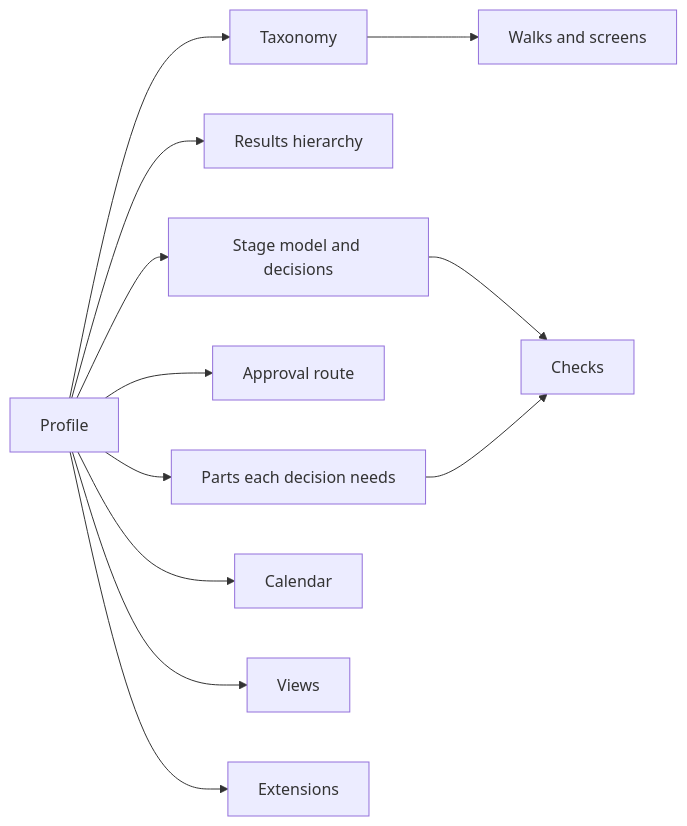
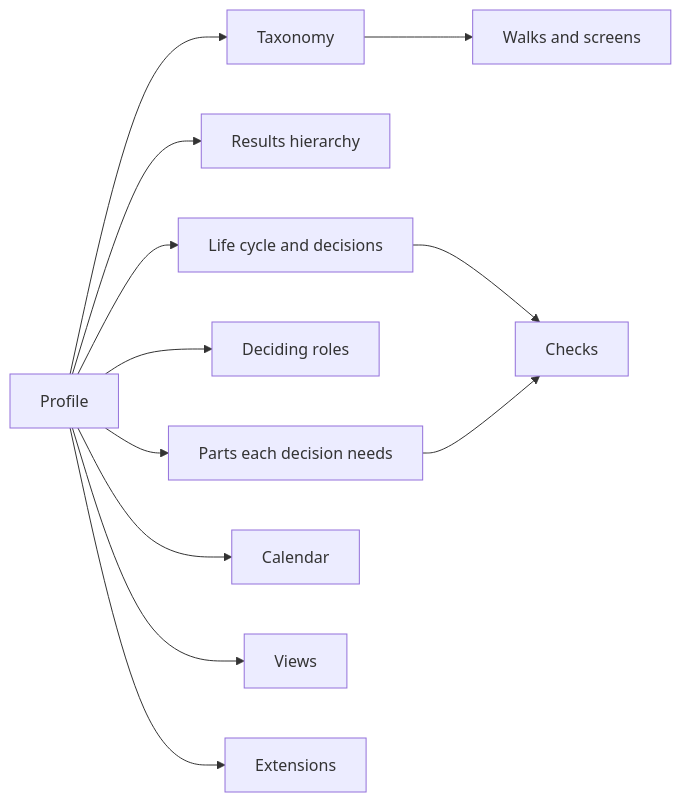
Before and after one commit to ProjectCartograph/cartograph-design: the diagram in docs/explanation/decisions/DD-0008-profiles-hold-what-differs-between-domains.md, drawn with Mermaid. The commit also changed other lines of this file and 7 other files, not shown here.

````diff
--- a/docs/explanation/decisions/DD-0008-profiles-hold-what-differs-between-domains.md
+++ b/docs/explanation/decisions/DD-0008-profiles-hold-what-differs-between-domains.md
@@ -23,14 +23,14 @@
 ```mermaid
 flowchart LR
   PR["Profile"] --> W["Taxonomy"]
   PR --> H["Results hierarchy"]
-  PR --> ST["Stage model and decisions"]
-  PR --> RT["Approval route"]
+  PR --> ST["Life cycle and decisions"]
+  PR --> RT["Deciding roles"]
   PR --> RQ["Parts each decision needs"]
   PR --> CA["Calendar"]
   PR --> VW["Views"]
   PR --> EX["Extensions"]
   W --> UI["Walks and screens"]
   ST --> CH["Checks"]
   RQ --> CH
 ```
````
